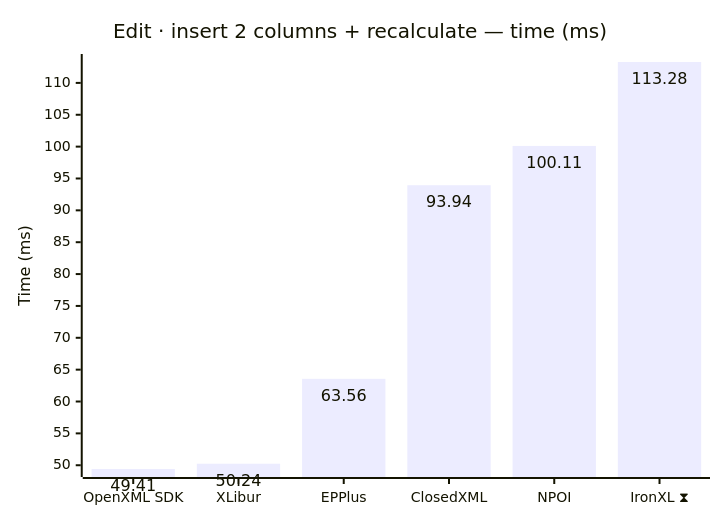
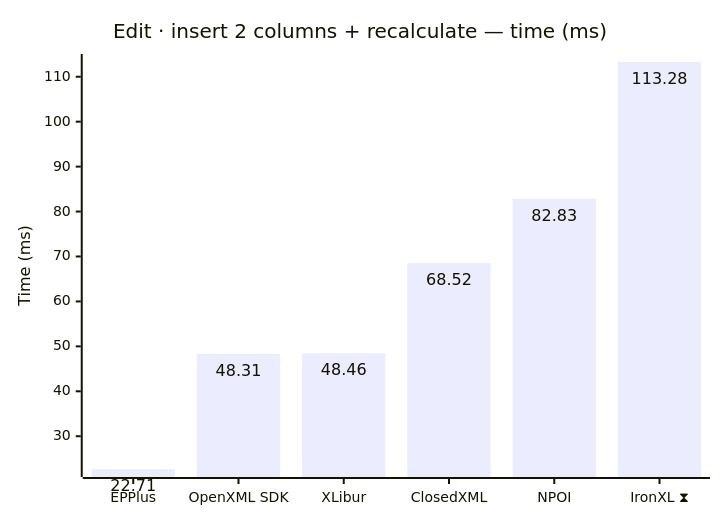
One commit to jafin/XLBench changed diagram 11 of 12 in docs/results-ci.md. Above: the diagram before and after it, drawn with Mermaid. The commit also changed other lines of this file, not shown here.

````diff
--- a/docs/results-ci.md
+++ b/docs/results-ci.md
@@ -171,12 +171,12 @@
 ```mermaid
 ---
 config:
   xyChart:
     showDataLabel: true
 ---
 xychart-beta
     title "Edit · insert 2 columns + recalculate — time (ms)"
-    x-axis ["OpenXML SDK", "XLibur", "EPPlus", "ClosedXML", "NPOI", "IronXL ⧗"]
+    x-axis ["EPPlus", "OpenXML SDK", "XLibur", "ClosedXML", "NPOI", "IronXL ⧗"]
     y-axis "Time (ms)"
-    bar [49.41, 50.24, 63.56, 93.94, 100.11, 113.28]
+    bar [22.71, 48.31, 48.46, 68.52, 82.83, 113.28]
 ```
````
